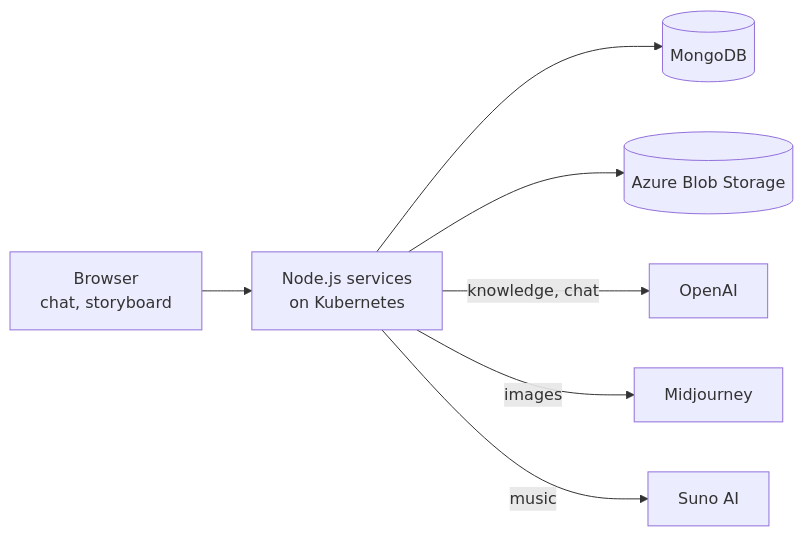
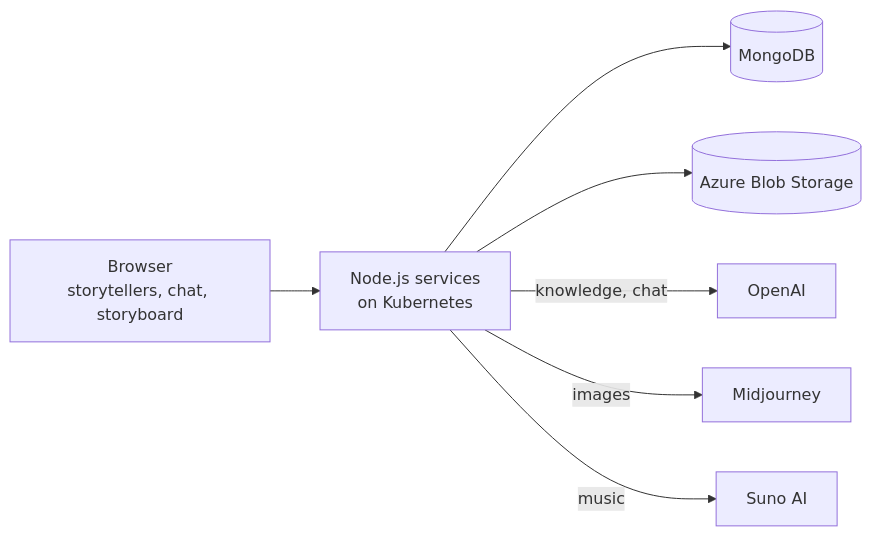
Before and after one commit to abinasn/abinasn.github.io: the first of 2 diagrams in work/neuralspace.mdx, drawn with Mermaid. The commit also changed other lines of this file and 1 other file, not shown here.

````diff
--- a/work/neuralspace.mdx
+++ b/work/neuralspace.mdx
@@ -34,9 +36,9 @@
 ```mermaid
 flowchart LR
-    UI["Browser<br/>chat, storyboard"] --> API["Node.js services<br/>on Kubernetes"]
+    UI["Browser<br/>storytellers, chat, storyboard"] --> API["Node.js services<br/>on Kubernetes"]
     API --> DB[(MongoDB)]
     API --> BLOB[(Azure Blob Storage)]
     API -->|knowledge, chat| OAI["OpenAI"]
     API -->|images| MJ["Midjourney"]
     API -->|music| SUNO["Suno AI"]
 ```
````
